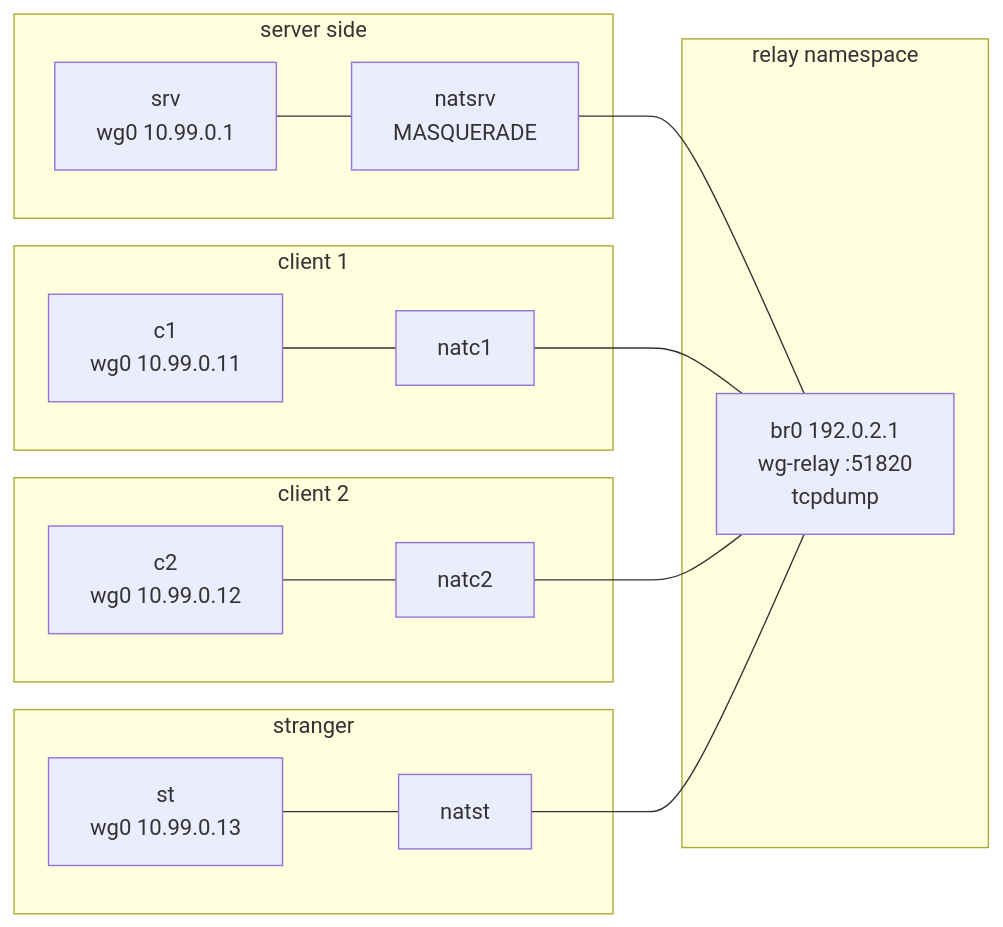
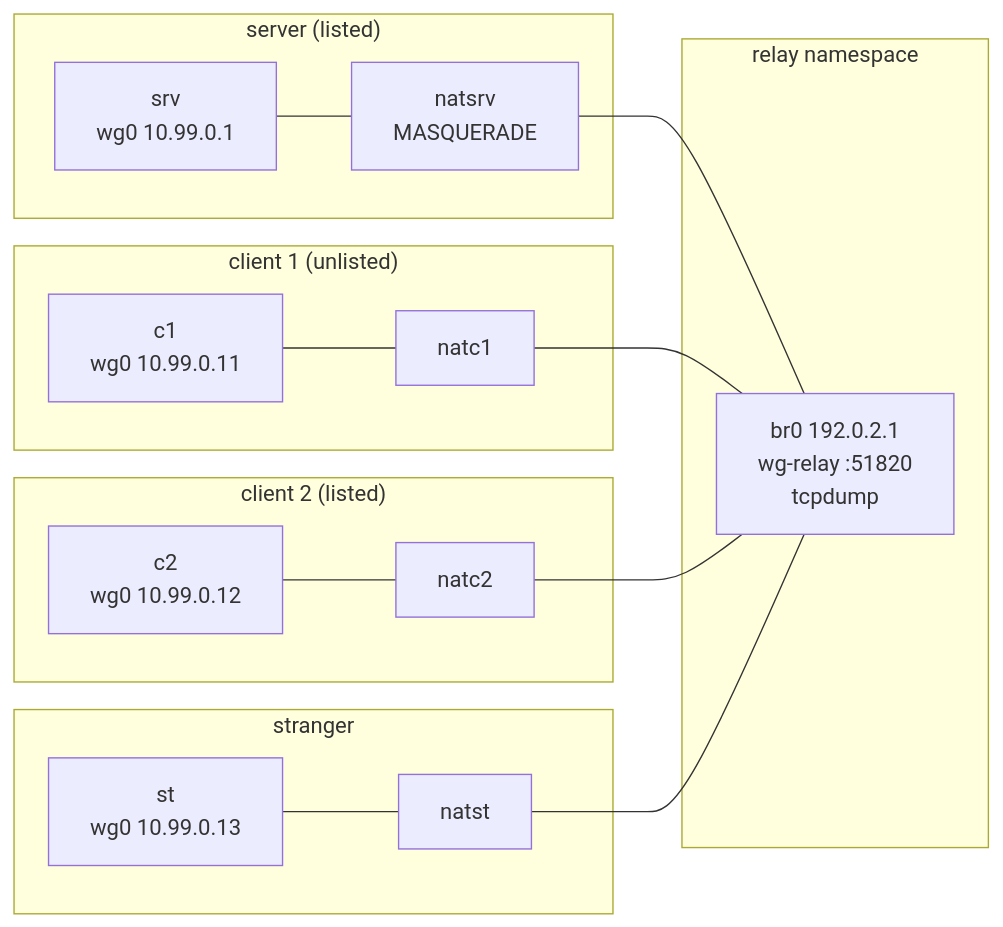
One commit to 3alpha/wg-relay changed diagram 22 of 22 in docs/how-it-works.md. Above: the diagram before and after it, drawn with Mermaid. The commit also changed other lines of this file and 16 other files, not shown here.

````diff
--- a/docs/how-it-works.md
+++ b/docs/how-it-works.md
@@ -674,22 +665,22 @@
 ```mermaid
 flowchart LR
     subgraph relayns["relay namespace"]
         BR["br0 192.0.2.1<br/>wg-relay :51820<br/>tcpdump"]
     end
-    subgraph s["server side"]
+    subgraph s["server (listed)"]
         SRV["srv<br/>wg0 10.99.0.1"] --- NS["natsrv<br/>MASQUERADE"]
     end
-    subgraph c1s["client 1"]
+    subgraph c1s["client 1 (unlisted)"]
         C1["c1<br/>wg0 10.99.0.11"] --- N1["natc1"]
     end
-    subgraph c2s["client 2"]
+    subgraph c2s["client 2 (listed)"]
         C2["c2<br/>wg0 10.99.0.12"] --- N2["natc2"]
     end
     subgraph sts["stranger"]
         ST["st<br/>wg0 10.99.0.13"] --- N3["natst"]
     end
     NS --- BR
     N1 --- BR
     N2 --- BR
     N3 --- BR
 ```
````
